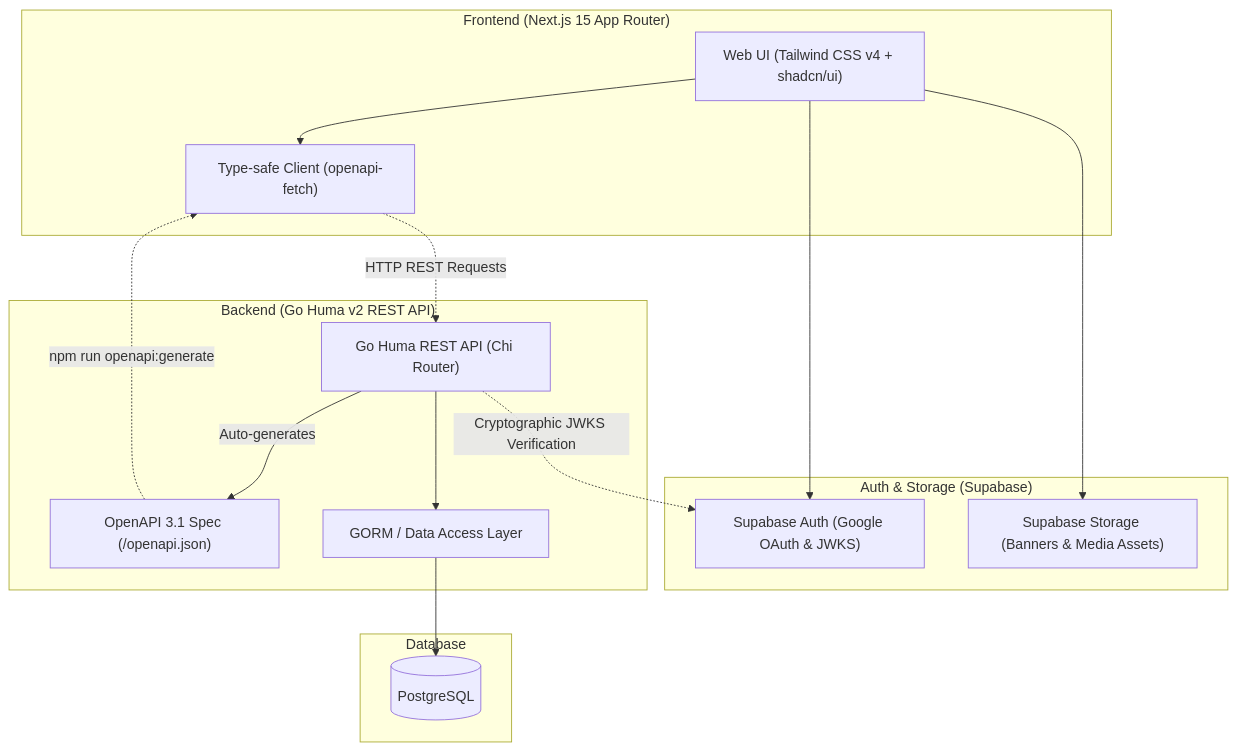
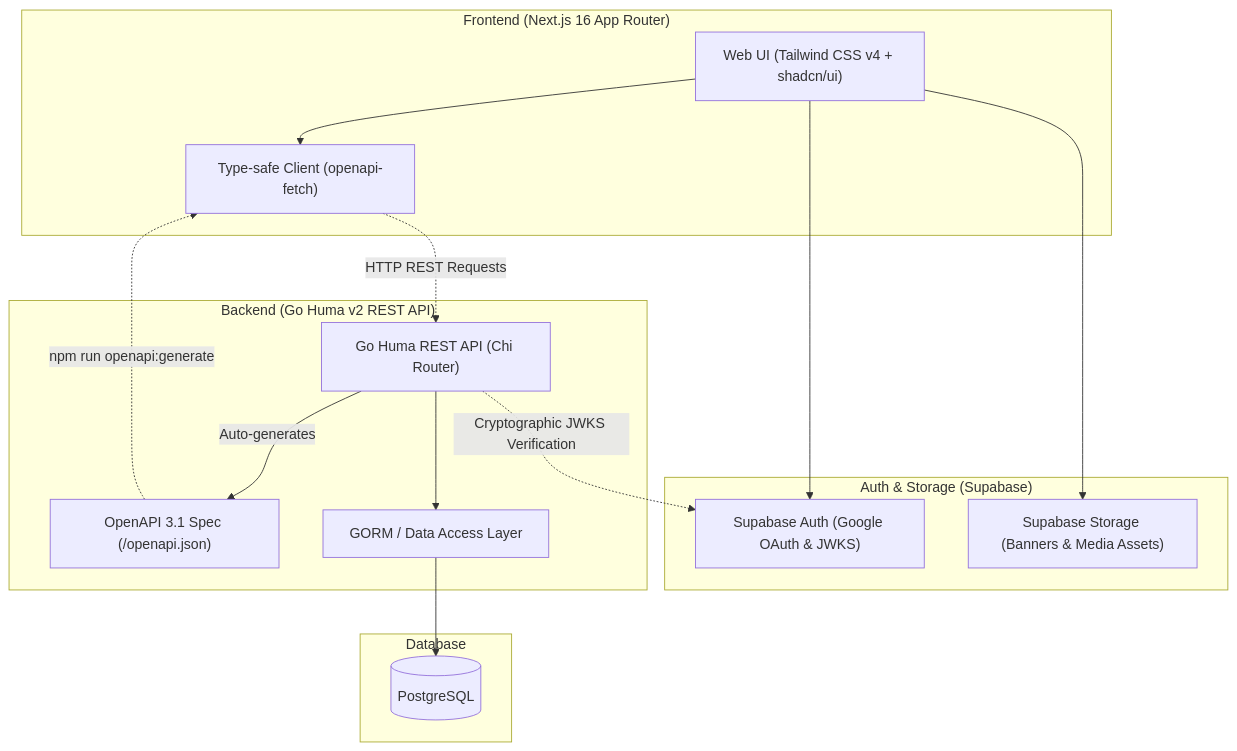
One commit to moomaideng/eventory changed the first of 2 diagrams in README.md. Above: the diagram before and after it, drawn with Mermaid. The commit also changed other lines of this file and 14 other files, not shown here.

First line of the commit message:
refactor(frontend): optimize auth architecture, add Next.js 16 proxy, and resolve react-doctor findings (#24)

````diff
--- a/README.md
+++ b/README.md
@@ -11,34 +11,34 @@
 ```mermaid
 flowchart TD
-    subgraph Frontend[" Frontend (Next.js 15 App Router) "]
+    subgraph Frontend[" Frontend (Next.js 16 App Router) "]
         UI["Web UI (Tailwind CSS v4 + shadcn/ui)"]
         ApiClient["Type-safe Client (openapi-fetch)"]
     end
 
     subgraph AuthStorage[" Auth & Storage (Supabase) "]
         SupaAuth["Supabase Auth (Google OAuth & JWKS)"]
         SupaStorage["Supabase Storage (Banners & Media Assets)"]
     end
 
     subgraph Backend[" Backend (Go Huma v2 REST API) "]
         GoApi["Go Huma REST API (Chi Router)"]
         OpenAPISpec["OpenAPI 3.1 Spec (/openapi.json)"]
         GormLayer["GORM / Data Access Layer"]
     end
 
     subgraph Database[" Database "]
         Postgres[("PostgreSQL")]
     end
 
     UI --> SupaAuth
     UI --> SupaStorage
     UI --> ApiClient
 
     ApiClient -.->|HTTP REST Requests| GoApi
     GoApi -->|Auto-generates| OpenAPISpec
     OpenAPISpec -.->|npm run openapi:generate| ApiClient
 
     GoApi --> GormLayer
     GormLayer --> Postgres
     GoApi -.->|Cryptographic JWKS Verification| SupaAuth
 ```
````
